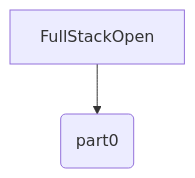
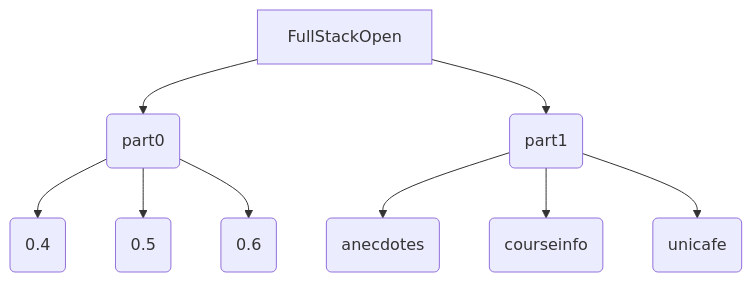
One commit to sidbX/fso changed the diagram in README.md. Above: the diagram before and after it, drawn with Mermaid.

Commit message:
Update README.md
added part1

````diff
--- a/README.md
+++ b/README.md
@@ -5,4 +5,12 @@
 ```mermaid
     flowchart TB
         A[FullStackOpen] --> B(part0)
+        B --> C(0.4)
+        B --> D(0.5)
+        B --> E(0.6)
+
+        A --> F(part1)
+        F --> G(anecdotes)
+        F --> H(courseinfo)
+        F --> I(unicafe)
 ```
````
